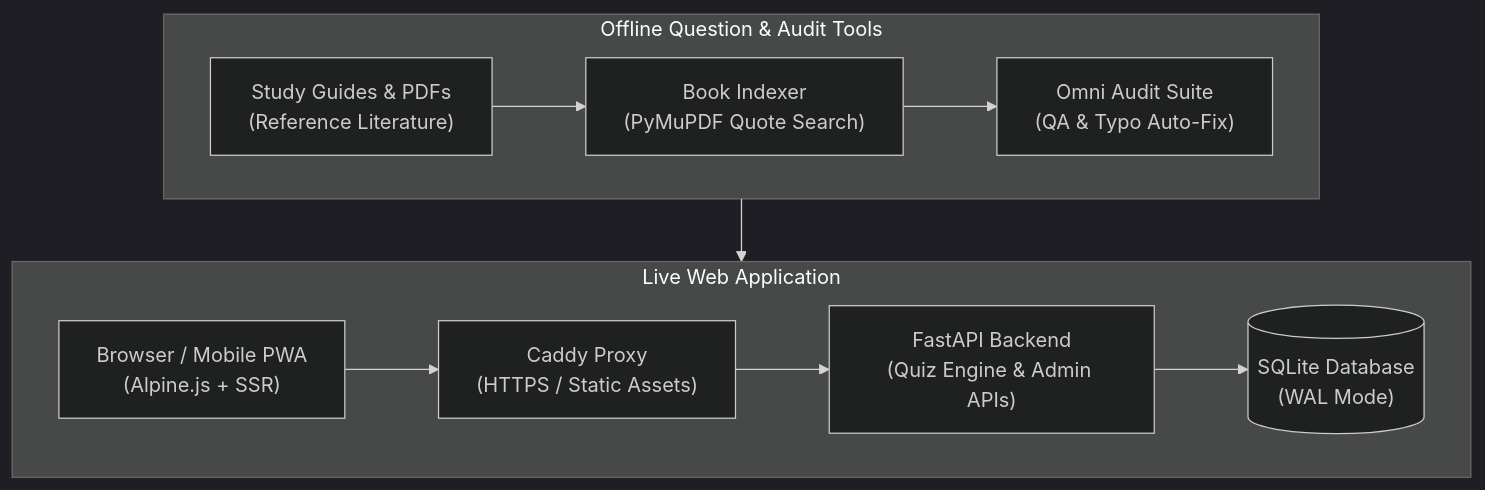
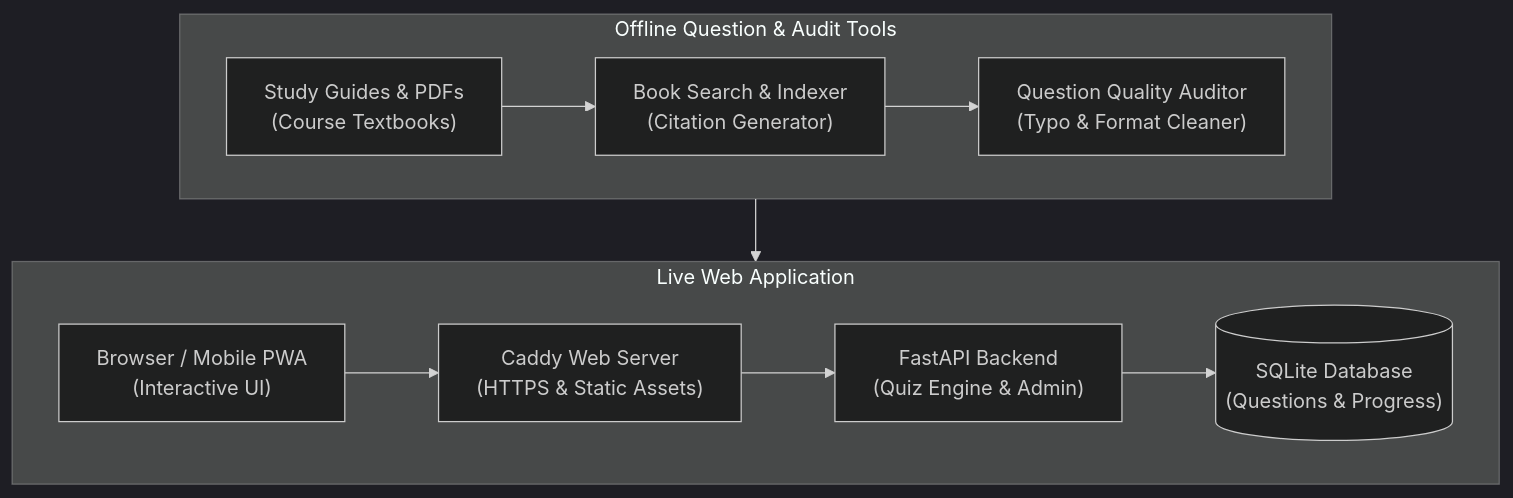
One commit to jyothisthaliath/omni-quiz changed the diagram in README.md. Above: the diagram before and after it, drawn with Mermaid (dark theme). The commit also changed other lines of this file, not shown here.

Commit message:
Simplify tech stack table and remove WAL mode jargon

````diff
--- a/README.md
+++ b/README.md
@@ -189,12 +187,12 @@
 ```mermaid
 flowchart TB
     subgraph App["Live Web Application"]
         direction LR
-        Client["Browser / Mobile PWA<br/>(Alpine.js + SSR)"] --> Proxy["Caddy Proxy<br/>(HTTPS / Static Assets)"] --> Server["FastAPI Backend<br/>(Quiz Engine & Admin APIs)"] --> DB[("SQLite Database<br/>(WAL Mode)")]
+        Client["Browser / Mobile PWA<br/>(Interactive UI)"] --> Proxy["Caddy Web Server<br/>(HTTPS & Static Assets)"] --> Server["FastAPI Backend<br/>(Quiz Engine & Admin)"] --> DB[("SQLite Database<br/>(Questions & Progress)")]
     end
 
     subgraph Tools["Offline Question & Audit Tools"]
         direction LR
-        Sources["Study Guides & PDFs<br/>(Reference Literature)"] --> Indexer["Book Indexer<br/>(PyMuPDF Quote Search)"] --> Auditor["Omni Audit Suite<br/>(QA & Typo Auto-Fix)"] --> DB
+        Sources["Study Guides & PDFs<br/>(Course Textbooks)"] --> Indexer["Book Search & Indexer<br/>(Citation Generator)"] --> Auditor["Question Quality Auditor<br/>(Typo & Format Cleaner)"] --> DB
     end
 ```
````
